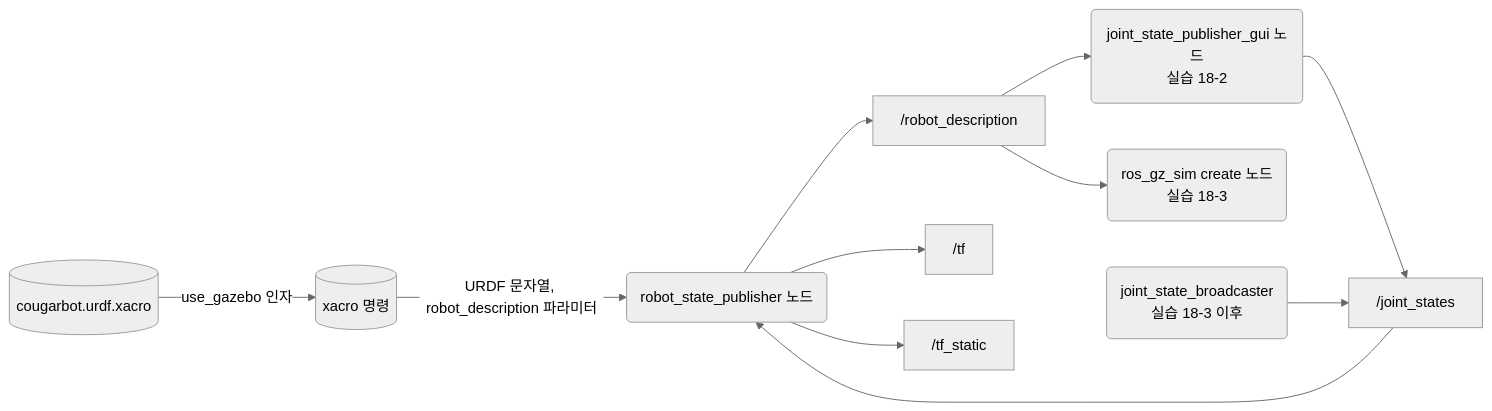
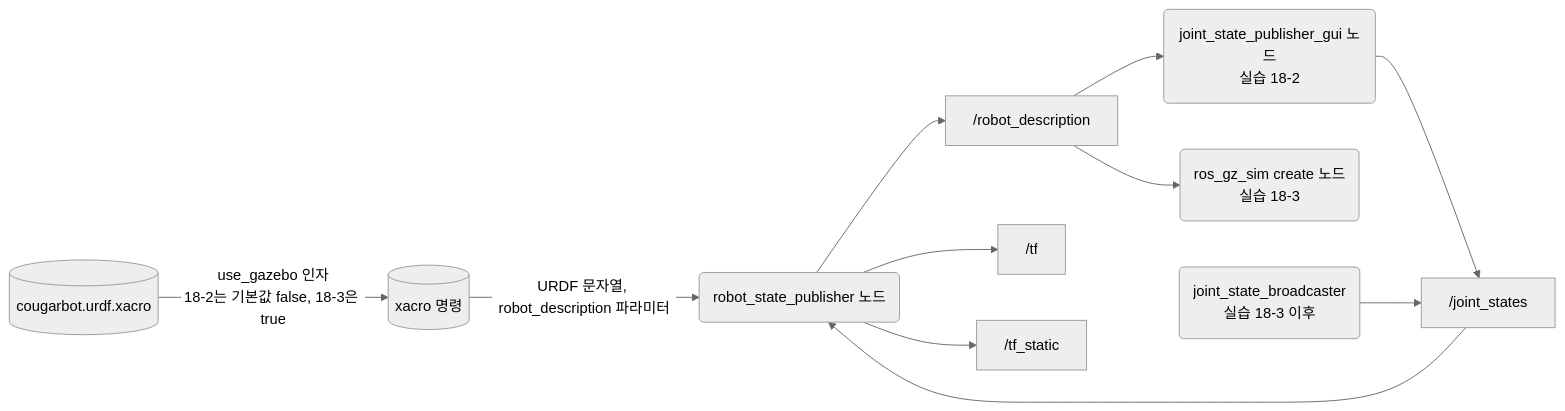
The second of 4 diagrams in ch18_robot_arm.md (PJW-1/rosbook_guide), drawn with Mermaid (neutral theme) before and after one commit. The commit also changed other lines of this file and 4 other files, not shown here.

````diff
--- a/ch18_robot_arm.md
+++ b/ch18_robot_arm.md
@@ -67,13 +67,13 @@
 ```mermaid
 flowchart LR
-  xacro_file[("cougarbot.urdf.xacro")] -->|"use_gazebo 인자"| xacro_cmd[("xacro 명령")]
+  xacro_file[("cougarbot.urdf.xacro")] -->|"use_gazebo 인자<br/>18-2는 기본값 false, 18-3은 true"| xacro_cmd[("xacro 명령")]
   xacro_cmd -->|"URDF 문자열, robot_description 파라미터"| rsp("robot_state_publisher 노드")
   rsp --> desc["/robot_description"]
   desc --> jsp_gui("joint_state_publisher_gui 노드<br/>실습 18-2")
   desc --> spawn_model("ros_gz_sim create 노드<br/>실습 18-3")
   jsp_gui --> joint_states["/joint_states"]
   jsb("joint_state_broadcaster<br/>실습 18-3 이후") --> joint_states
   joint_states --> rsp
   rsp --> tf["/tf"]
   rsp --> tf_static["/tf_static"]
 ```
````
